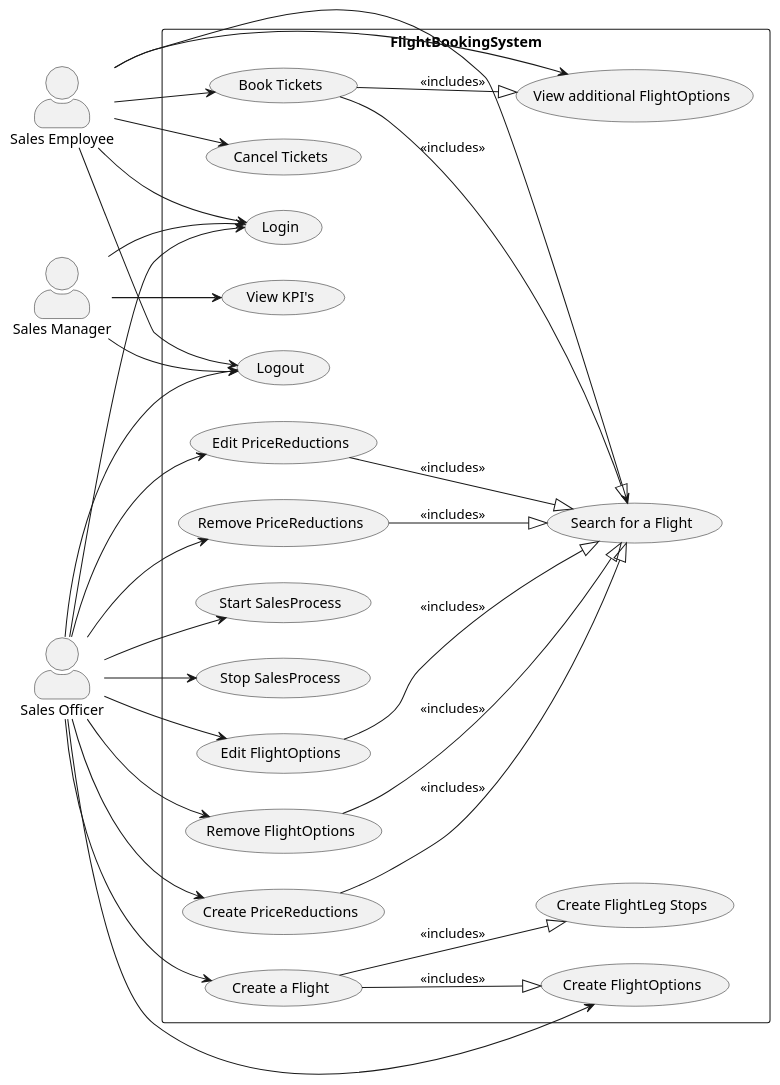
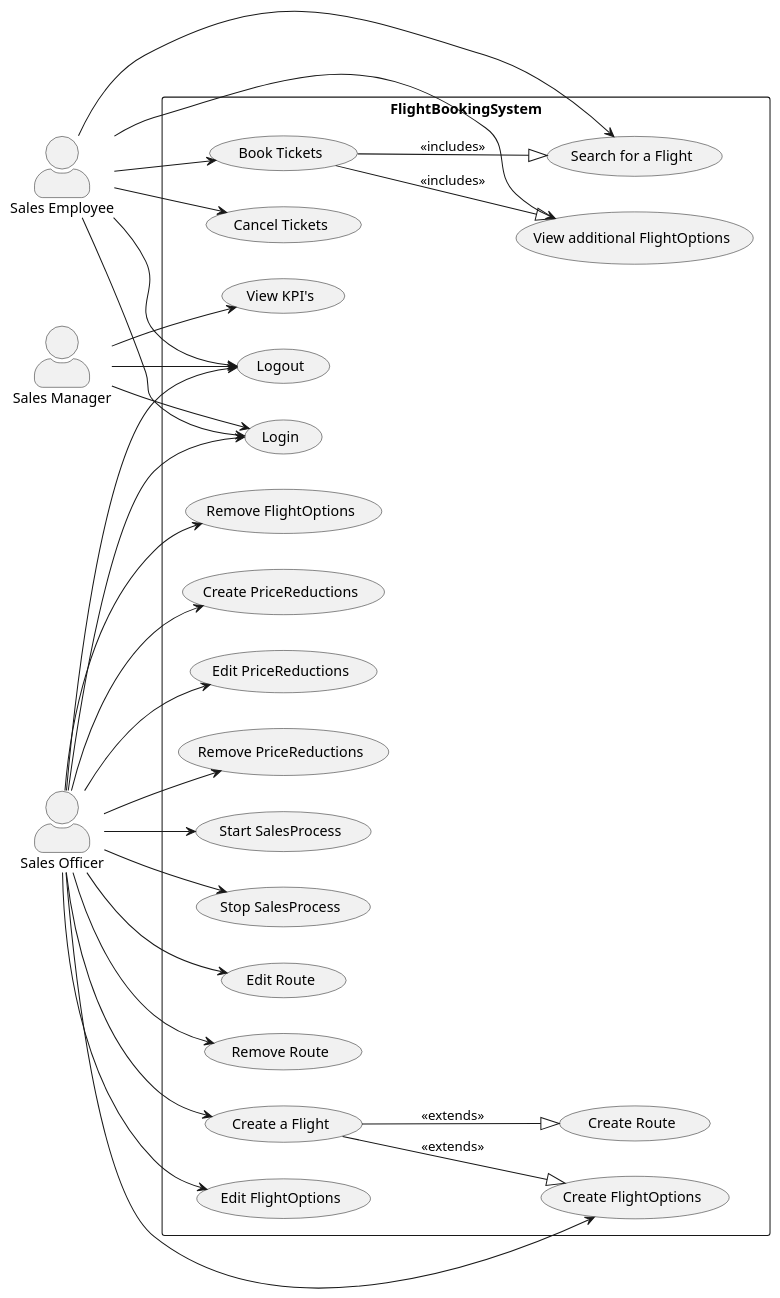
The diagram in analysis/use_cases.puml (Niklas-Mezynski/fontys-prj2-2021-prj2-2021-02), drawn with PlantUML before and after one commit. The commit also changed 3 other files, not shown here.

```diff
--- a/analysis/use_cases.puml
+++ b/analysis/use_cases.puml
@@ -1,66 +1,70 @@
 @startuml
 left to right direction
 skinparam classAttributeIconSize 0
 skinparam componentStyle uml2
 skinparam actorStyle awesome
 hide circle
 
 actor "Sales Employee" as se
 actor "Sales Manager" as sm
 actor "Sales Officer" as so
 
 rectangle FlightBookingSystem {
   usecase "Search for a Flight" as UC1
   usecase "Create a Flight" as UC2
   usecase "Book Tickets" as UC3
   usecase "Cancel Tickets" as UC10
   usecase "View additional FlightOptions" as UC4
   usecase "Create FlightOptions" as UC5
   usecase "Edit FlightOptions" as UC11
   usecase "Remove FlightOptions" as UC12
   usecase "View KPI's" as UC6
   usecase "Create PriceReductions" as UC7
   usecase "Edit PriceReductions" as UC13
   usecase "Remove PriceReductions" as UC14
   usecase "Start SalesProcess" as UC8
   usecase "Stop SalesProcess" as UC15
-  usecase "Create FlightLeg Stops" as UC9
+  usecase "Create Route" as UC9
+  usecase "Edit Route" as UC18
+  usecase "Remove Route" as UC19
   usecase "Login" as UC16
   usecase "Logout" as UC17
 }
 
-UC2 --|> UC9: <<includes>>
-UC2 --|> UC5: <<includes>>
+UC2 --|> UC9: <<extends>>
+UC2 --|> UC5: <<extends>>
 
 UC3 --|> UC1: <<includes>>
 UC3 --|> UC4: <<includes>>
-
+/'
 UC11 --|>UC1: <<includes>>
 UC12 --|>UC1: <<includes>>
 UC13 --|>UC1: <<includes>>
 UC14 --|>UC1: <<includes>>
-UC7 --|>UC1: <<includes>>
+UC7 --|>UC1: <<includes>>'/
 
 se --> UC1
 se --> UC3
 se --> UC4
 se --> UC10
 se --> UC16
 se --> UC17
 
 so --> UC2
 so --> UC5
 so --> UC7
 so --> UC11
 so --> UC12
 so --> UC13
 so --> UC14
 so --> UC8
 so --> UC15
 so --> UC16
 so --> UC17
+so --> UC18
+so --> UC19
 
 sm --> UC6
 sm --> UC16
 sm --> UC17
 @enduml
```
